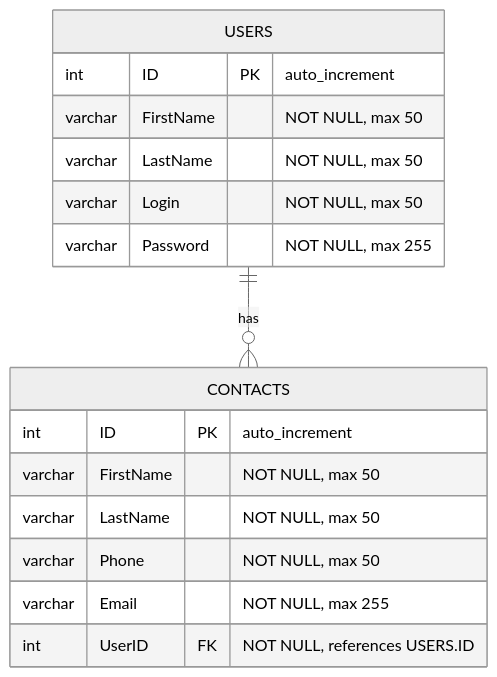
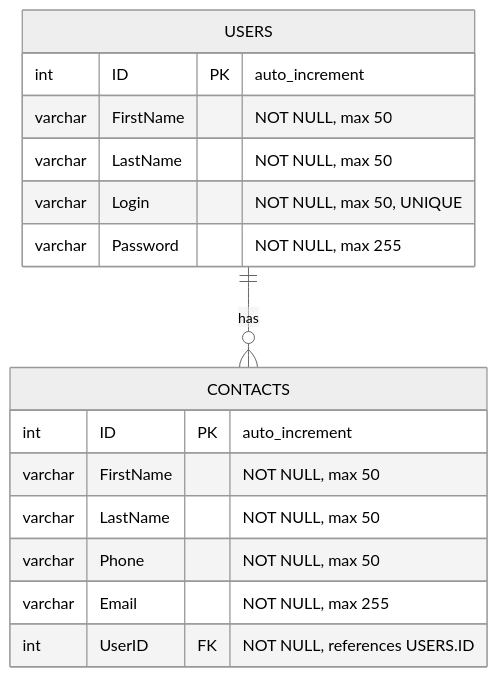
Before and after one commit to tolgahanpoyraz/contacts: the diagram in docs/erd.mmd, drawn with Mermaid (neutral theme).

Commit message:
Update erd.mmd
Updated erd.mmd to match description of database tables

```diff
--- a/docs/erd.mmd
+++ b/docs/erd.mmd
@@ -1,19 +1,19 @@
 erDiagram
     USERS {
         int ID PK "auto_increment"
         varchar FirstName "NOT NULL, max 50"
         varchar LastName "NOT NULL, max 50"
-        varchar Login "NOT NULL, max 50"
+        varchar Login "NOT NULL, max 50, UNIQUE"
         varchar Password "NOT NULL, max 255"
     }
 
     CONTACTS {
         int ID PK "auto_increment"
         varchar FirstName "NOT NULL, max 50"
         varchar LastName "NOT NULL, max 50"
         varchar Phone "NOT NULL, max 50"
         varchar Email "NOT NULL, max 255"
         int UserID FK "NOT NULL, references USERS.ID"
     }
 
     USERS ||--o{ CONTACTS : "has"
```
